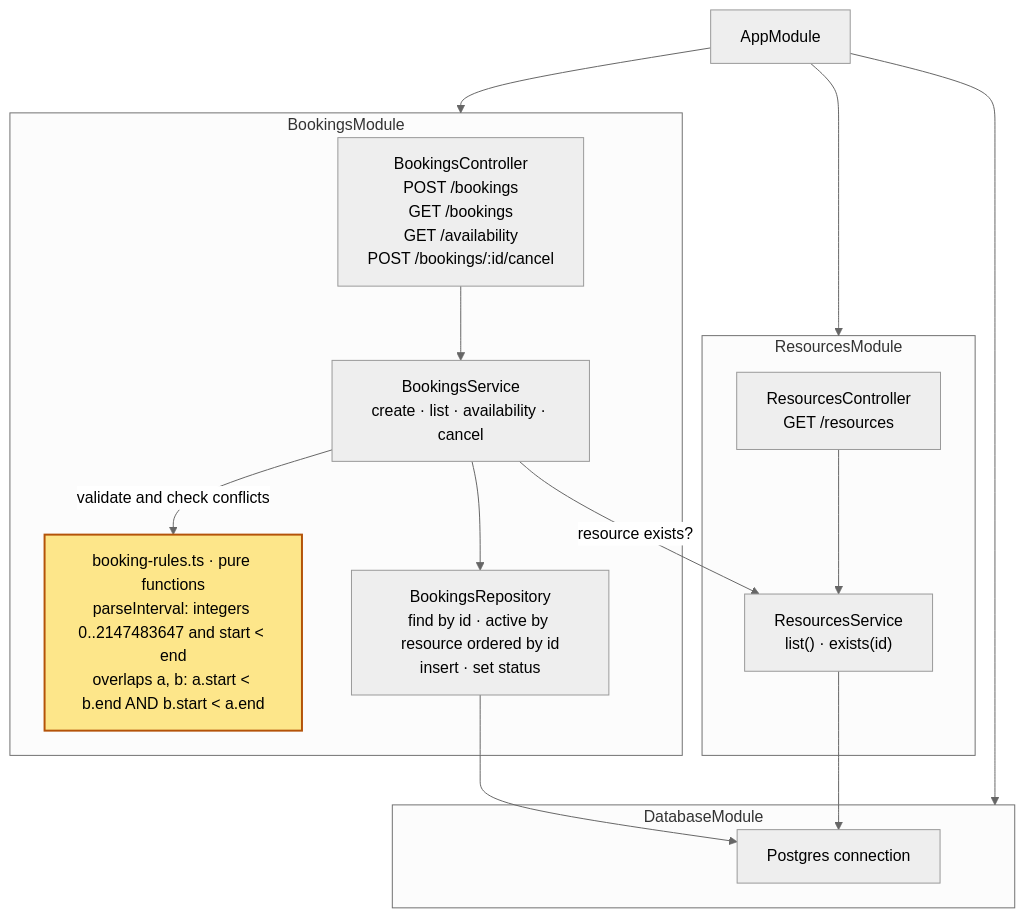
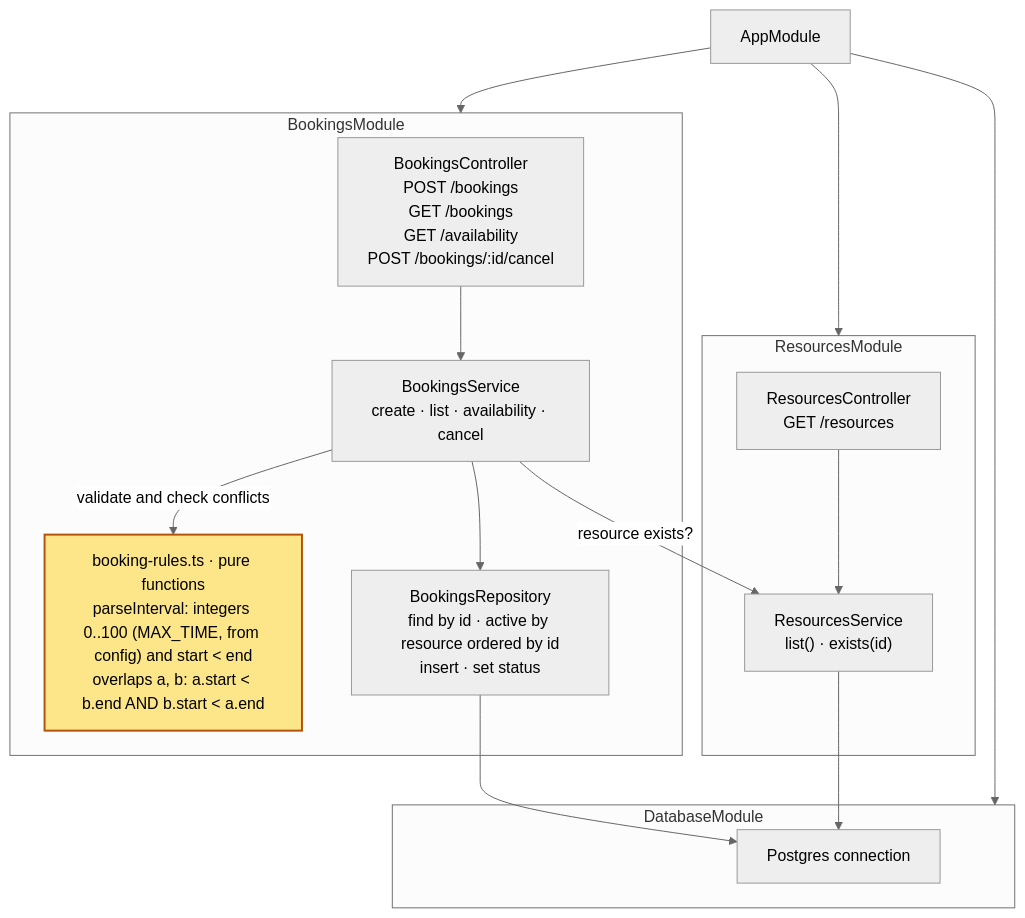
The fourth of 7 diagrams in docs/diagrams/architecture.md (fredsvanelli/alvorada-test-02), drawn with Mermaid (neutral theme) before and after one commit. The commit also changed other lines of this file and 2 other files, not shown here.

````diff
--- a/docs/diagrams/architecture.md
+++ b/docs/diagrams/architecture.md
@@ -81,35 +81,35 @@
 ```mermaid
 flowchart TB
   app["AppModule"]
 
   subgraph resourcesMod["ResourcesModule"]
     rc["ResourcesController<br/>GET /resources"]
     rs["ResourcesService<br/>list() · exists(id)"]
   end
 
   subgraph bookingsMod["BookingsModule"]
     bc["BookingsController<br/>POST /bookings<br/>GET /bookings<br/>GET /availability<br/>POST /bookings/:id/cancel"]
     bs["BookingsService<br/>create · list · availability · cancel"]
-    rules["booking-rules.ts · pure functions<br/>parseInterval: integers 0..2147483647 and start < end<br/>overlaps a, b: a.start < b.end AND b.start < a.end"]
+    rules["booking-rules.ts · pure functions<br/>parseInterval: integers 0..100 (MAX_TIME, from config) and start < end<br/>overlaps a, b: a.start < b.end AND b.start < a.end"]
     repo["BookingsRepository<br/>find by id · active by resource ordered by id<br/>insert · set status"]
   end
 
   subgraph dbMod["DatabaseModule"]
     conn["Postgres connection"]
   end
 
   app --> resourcesMod
   app --> bookingsMod
   app --> dbMod
 
   rc --> rs
   bc --> bs
   bs -->|"resource exists?"| rs
   bs -->|"validate and check conflicts"| rules
   bs --> repo
   repo --> conn
   rs --> conn
 
   classDef rule fill:#fde68a,stroke:#b45309,stroke-width:2px,color:#000
   class rules rule
 ```
````
